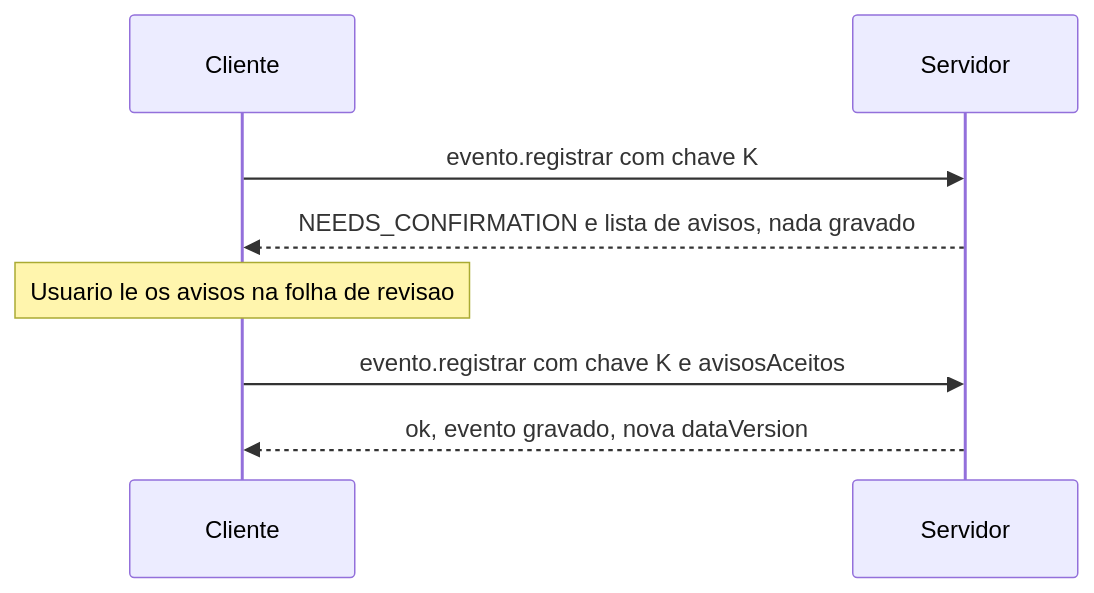
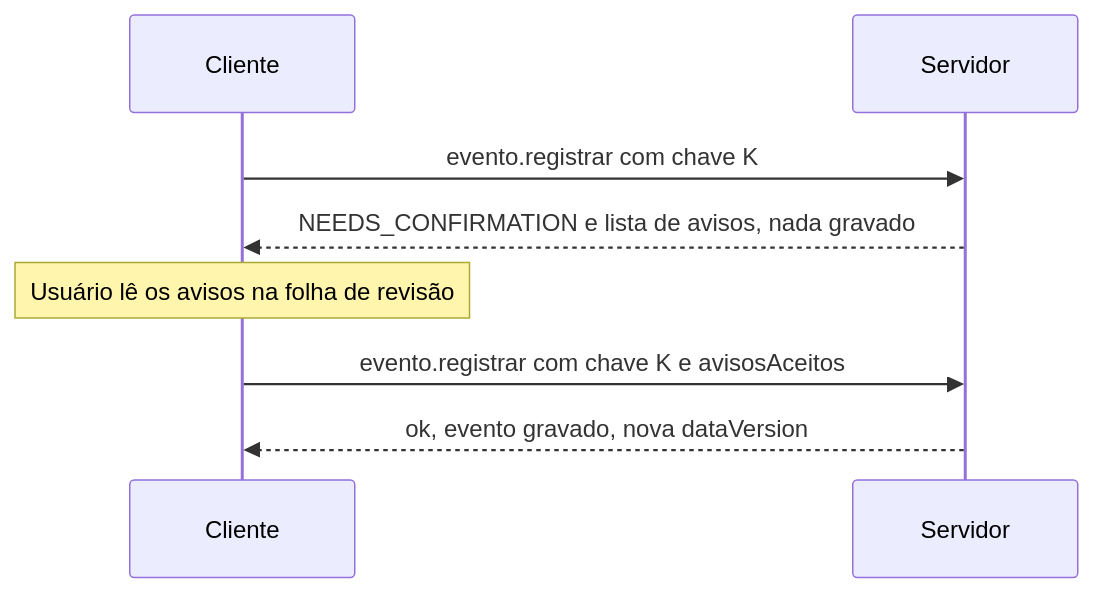
One commit to vagnervelho/Meus-experimentos changed the second of 3 diagrams in erp-pecuario/docs/fase-0/01-arquitetura.md. Above: the diagram before and after it, drawn with Mermaid. The commit also changed other lines of this file and 1 other file, not shown here.

````diff
--- a/erp-pecuario/docs/fase-0/01-arquitetura.md
+++ b/erp-pecuario/docs/fase-0/01-arquitetura.md
@@ -137,10 +137,10 @@
 ```mermaid
 sequenceDiagram
   participant C as Cliente
   participant S as Servidor
   C->>S: evento.registrar com chave K
   S-->>C: NEEDS_CONFIRMATION e lista de avisos, nada gravado
-  Note over C: Usuario le os avisos na folha de revisao
+  Note over C: Usuário lê os avisos na folha de revisão
   C->>S: evento.registrar com chave K e avisosAceitos
   S-->>C: ok, evento gravado, nova dataVersion
 ```
````
